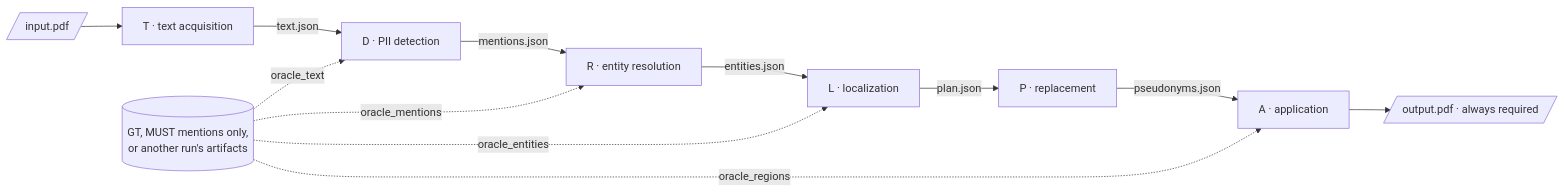
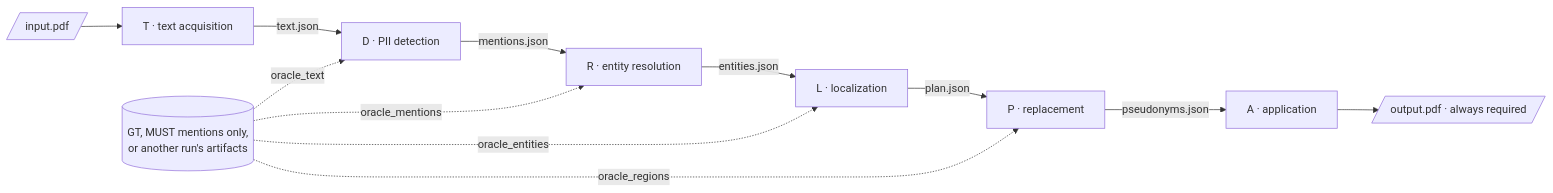
The second of 11 diagrams in ARCHITECTURE.md (anshdeshwal31/redaction_benchmark), drawn with Mermaid before and after one commit. The commit also changed other lines of this file and 4 other files, not shown here.

````diff
--- a/ARCHITECTURE.md
+++ b/ARCHITECTURE.md
@@ -110,16 +120,16 @@
 ```mermaid
 flowchart LR
     input[/"input.pdf"/] --> T["T · text acquisition"]
     T -->|"text.json"| D["D · PII detection"]
     D -->|"mentions.json"| R["R · entity resolution"]
     R -->|"entities.json"| L["L · localization"]
     L -->|"plan.json"| P["P · replacement"]
     P -->|"pseudonyms.json"| A["A · application"]
     A --> output[/"output.pdf · always required"/]
 
     oracle[("GT, MUST mentions only,<br/>or another run's artifacts")]
     oracle -.->|"oracle_text"| D
     oracle -.->|"oracle_mentions"| R
     oracle -.->|"oracle_entities"| L
-    oracle -.->|"oracle_regions"| A
+    oracle -.->|"oracle_regions"| P
 ```
````
